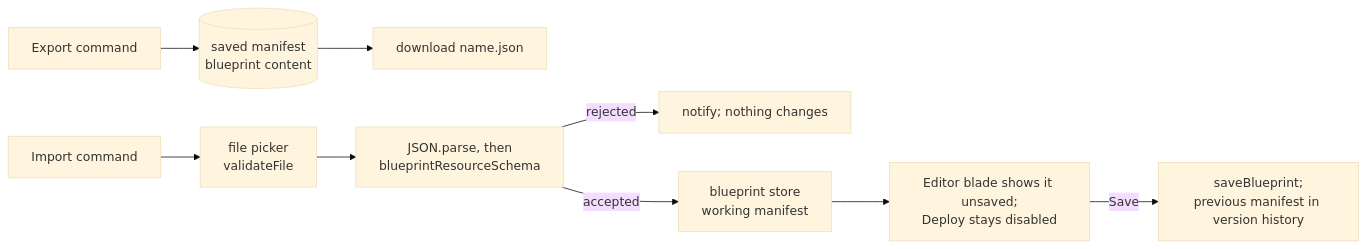
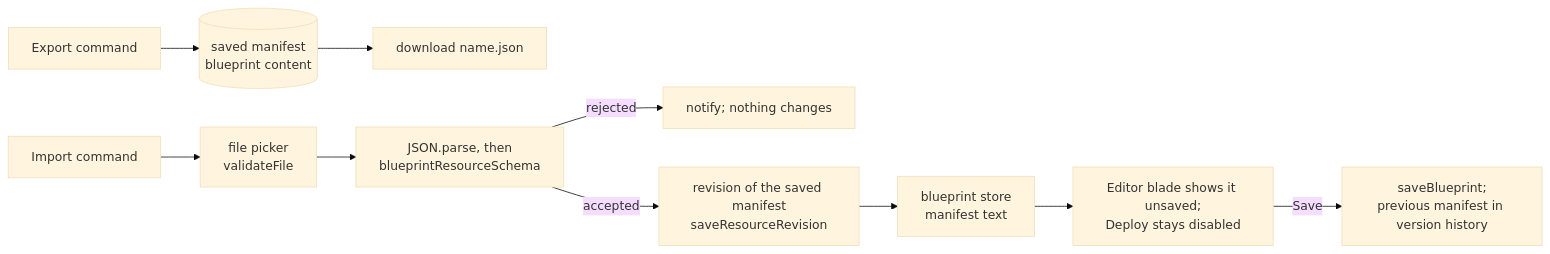
One commit to Esposter/Esposter changed the diagram in openspec/changes/resource-blueprint-manifest-export/design.md. Above: the diagram before and after it, drawn with Mermaid (base theme). The commit also changed other lines of this file and 12 other files, not shown here.

First line of the commit message:
feat(resource): a blueprint's manifest exports and imports as a JSON file through the Portable capability

````diff
--- a/openspec/changes/resource-blueprint-manifest-export/design.md
+++ b/openspec/changes/resource-blueprint-manifest-export/design.md
@@ -7,11 +7,12 @@
 ```mermaid
 flowchart LR
   EXP["Export command"] --> SAVED[("saved manifest<br/>blueprint content")]
   SAVED --> DL["download name.json"]
   IMP["Import command"] --> PICK["file picker<br/>validateFile"]
   PICK --> PARSE["JSON.parse, then<br/>blueprintResourceSchema"]
   PARSE -->|"rejected"| REFUSE["notify; nothing changes"]
-  PARSE -->|"accepted"| WORK["blueprint store<br/>working manifest"]
+  PARSE -->|"accepted"| REV["revision of the saved manifest<br/>saveResourceRevision"]
+  REV --> WORK["blueprint store<br/>manifest text"]
   WORK --> EDITOR["Editor blade shows it unsaved;<br/>Deploy stays disabled"]
   EDITOR -->|"Save"| SAVE["saveBlueprint;<br/>previous manifest in version history"]
 ```
````
